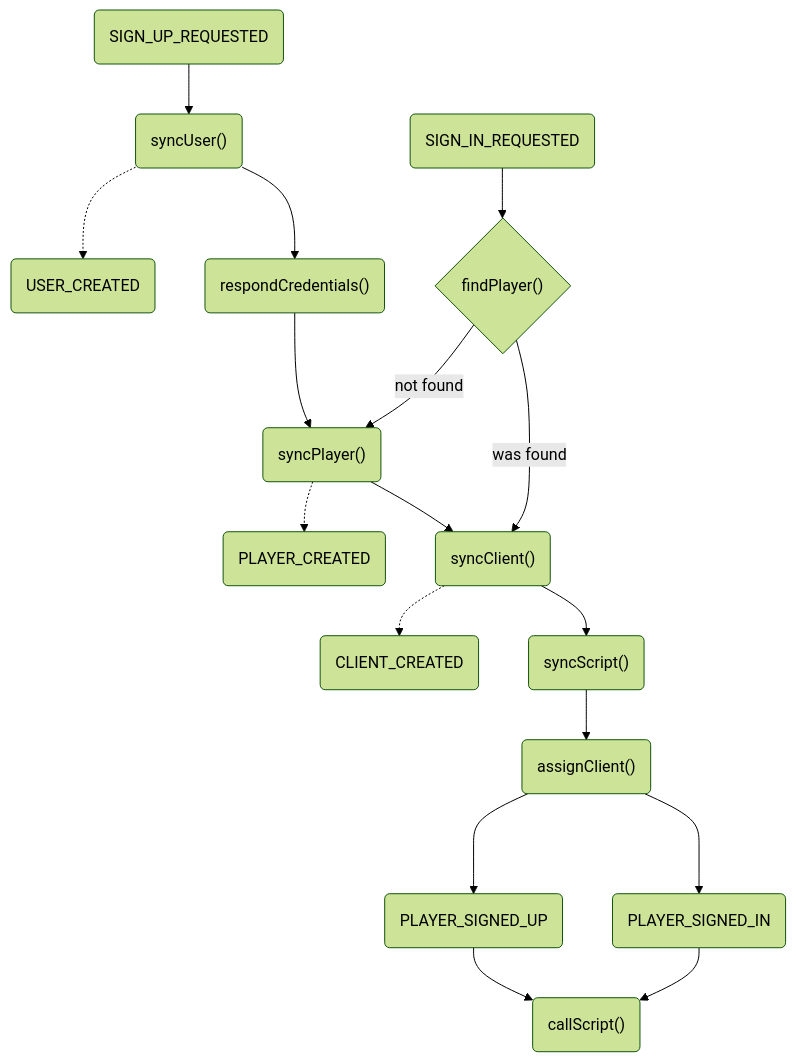
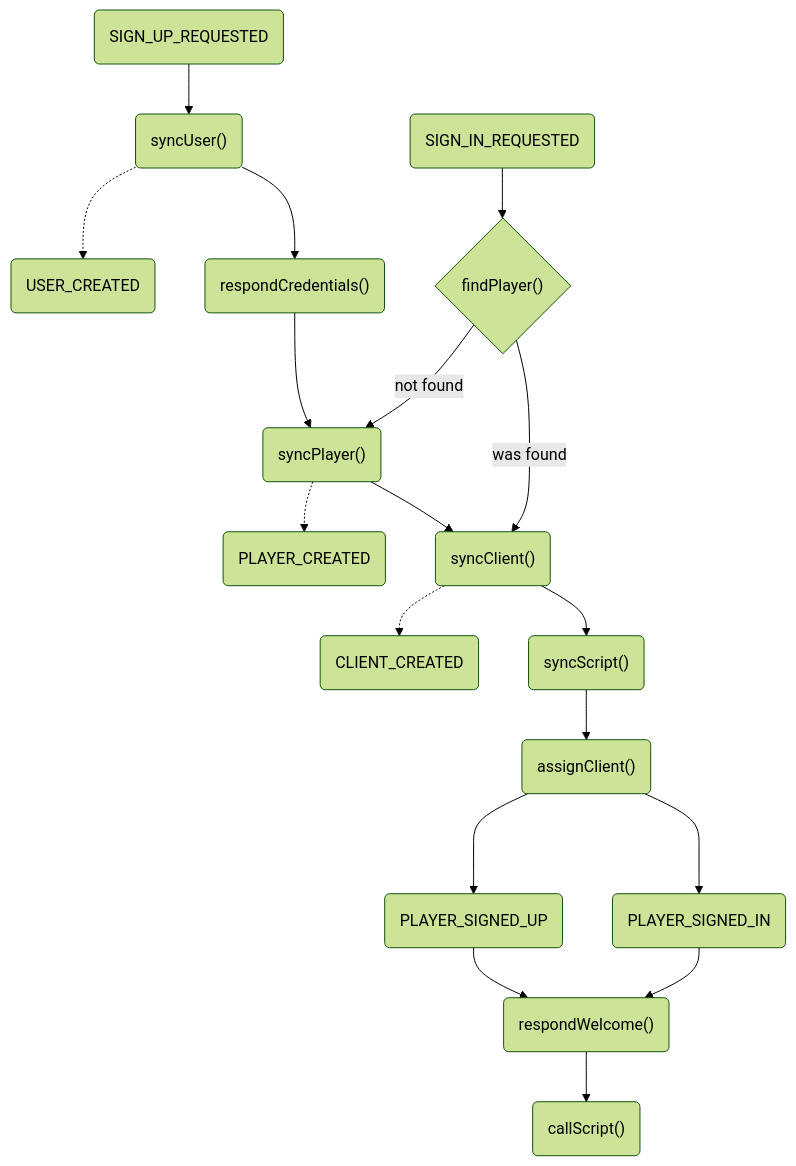
One commit to OMGSERVERS/omgservers changed the diagram in omgservers-documentation/src/SignInSignUp.md. Above: the diagram before and after it, drawn with Mermaid (forest theme). The commit also changed 10 other files, not shown here.

````diff
--- a/omgservers-documentation/src/SignInSignUp.md
+++ b/omgservers-documentation/src/SignInSignUp.md
@@ -3,21 +3,22 @@
 ```mermaid
 graph TD;
 
 SignUpRequested(SIGN_UP_REQUESTED) --> syncUser("syncUser()")
 syncUser("syncUser()") -.-> UserCreated(USER_CREATED)
 syncUser("syncUser()") --> respondCredentials("respondCredentials()")
 respondCredentials("respondCredentials()") --> syncPlayer("syncPlayer()")
 syncPlayer("syncPlayer()") -.-> PlayerCreated(PLAYER_CREATED)
 syncPlayer("syncPlayer()") --> syncClient("syncClient()")
 syncClient("syncClient()") -.-> ClientCreated(CLIENT_CREATED)
 syncClient("syncClient()") --> syncScript("syncScript()")
 syncScript("syncScript()") --> assignClient("assignClient()")
 assignClient("assignClient()") ---> PlayerSignedUp(PLAYER_SIGNED_UP)
 assignClient("assignClient()") ---> PlayerSignedIn(PLAYER_SIGNED_IN)
-PlayerSignedUp(PLAYER_SIGNED_UP) --> callScript("callScript()")
-PlayerSignedIn(PLAYER_SIGNED_IN) --> callScript("callScript()")
+PlayerSignedUp(PLAYER_SIGNED_UP) --> respondWelcome("respondWelcome()")
+PlayerSignedIn(PLAYER_SIGNED_IN) --> respondWelcome("respondWelcome()")
+respondWelcome("respondWelcome()") --> callScript("callScript()")
 
 SignInRequested(SIGN_IN_REQUESTED) --> findPlayer{"findPlayer()"}
 findPlayer{"findPlayer()"} -- was found --> syncClient("syncClient()")
 findPlayer{"findPlayer()"} -- not found --> syncPlayer("syncPlayer()")
 ```
````
